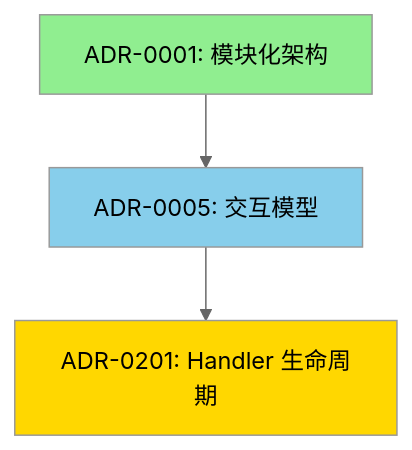
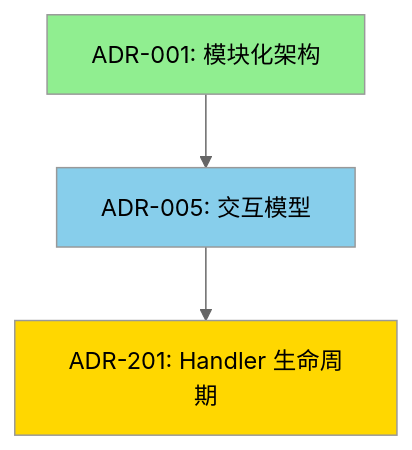
Before and after one commit to douhuaa/Zss.BilliardHall: the diagram in docs/adr/governance/ADR-940-adr-relationship-traceability-management.md, drawn with Mermaid (neutral theme). The commit also changed other lines of this file and 298 other files, not shown here.

````diff
--- a/docs/adr/governance/ADR-940-adr-relationship-traceability-management.md
+++ b/docs/adr/governance/ADR-940-adr-relationship-traceability-management.md
@@ -197,9 +197,9 @@
 ```mermaid
 graph TB
-    ADR0001[ADR-0001: 模块化架构] --> ADR0005[ADR-0005: 交互模型]
-    ADR0005 --> ADR0201[ADR-0201: Handler 生命周期]
+    ADR0001[ADR-001: 模块化架构] --> ADR0005[ADR-005: 交互模型]
+    ADR0005 --> ADR0201[ADR-201: Handler 生命周期]
 
     style ADR0001 fill:#90EE90
     style ADR0005 fill:#87CEEB
     style ADR0201 fill:#FFD700
 ```
````
